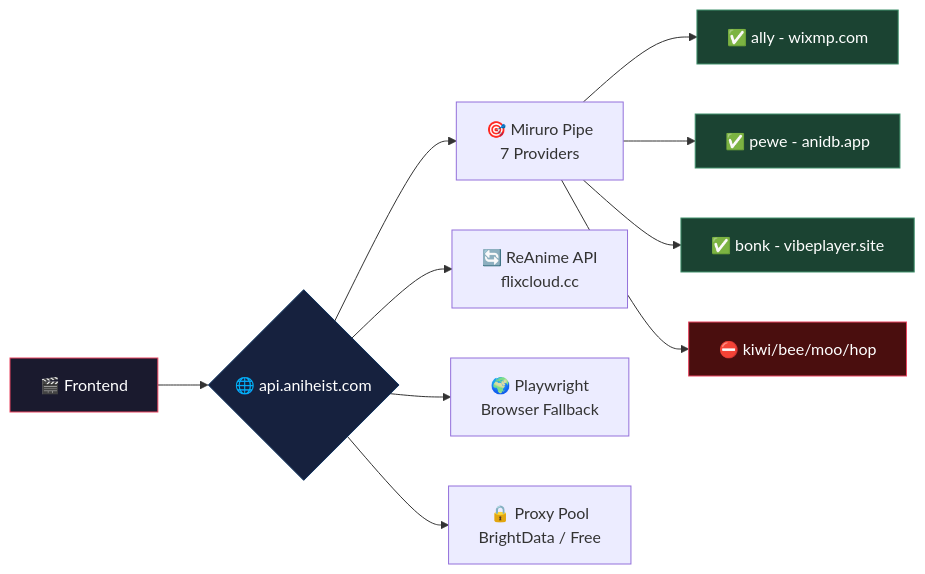
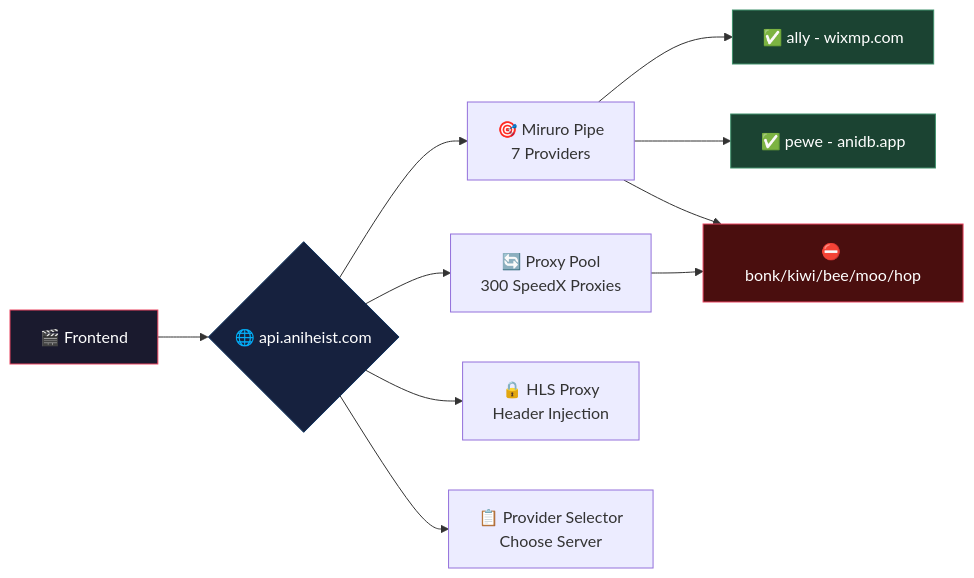
The diagram in README.md (ZenHamza/AniHeist-API), drawn with Mermaid before and after one commit. The commit also changed other lines of this file and 9 other files, not shown here.

First line of the commit message:
feat: ReAnime slug resolution, proxy auto-refresh, server selection

````diff
--- a/README.md
+++ b/README.md
@@ -23,19 +23,18 @@
   ```mermaid
   graph LR
       A[🎬 Frontend] --> B{🌐 api.aniheist.com}
       B --> C[🎯 Miruro Pipe<br/>7 Providers]
       C --> D[✅ ally - wixmp.com]
       C --> E[✅ pewe - anidb.app]
-      C --> F[✅ bonk - vibeplayer.site]
-      C --> G[⛔ kiwi/bee/moo/hop]
-      B --> H[🔄 ReAnime API<br/>flixcloud.cc]
-      B --> I[🌍 Playwright<br/>Browser Fallback]
-      B --> J[🔒 Proxy Pool<br/>BrightData / Free]
+      C --> F[⛔ bonk/kiwi/bee/moo/hop]
+      B --> G[🔄 Proxy Pool<br/>300 SpeedX Proxies]
+      G --> F
+      B --> H[🔒 HLS Proxy<br/>Header Injection]
+      B --> I[📋 Provider Selector<br/>Choose Server]
       
       style A fill:#1a1a2e,stroke:#e94560,color:#fff
       style B fill:#16213e,stroke:#0f3460,color:#fff
       style D fill:#1b4332,stroke:#40916c,color:#fff
       style E fill:#1b4332,stroke:#40916c,color:#fff
-      style F fill:#1b4332,stroke:#40916c,color:#fff
-      style G fill:#4a0e0e,stroke:#e94560,color:#fff
+      style F fill:#4a0e0e,stroke:#e94560,color:#fff
   ```
````
